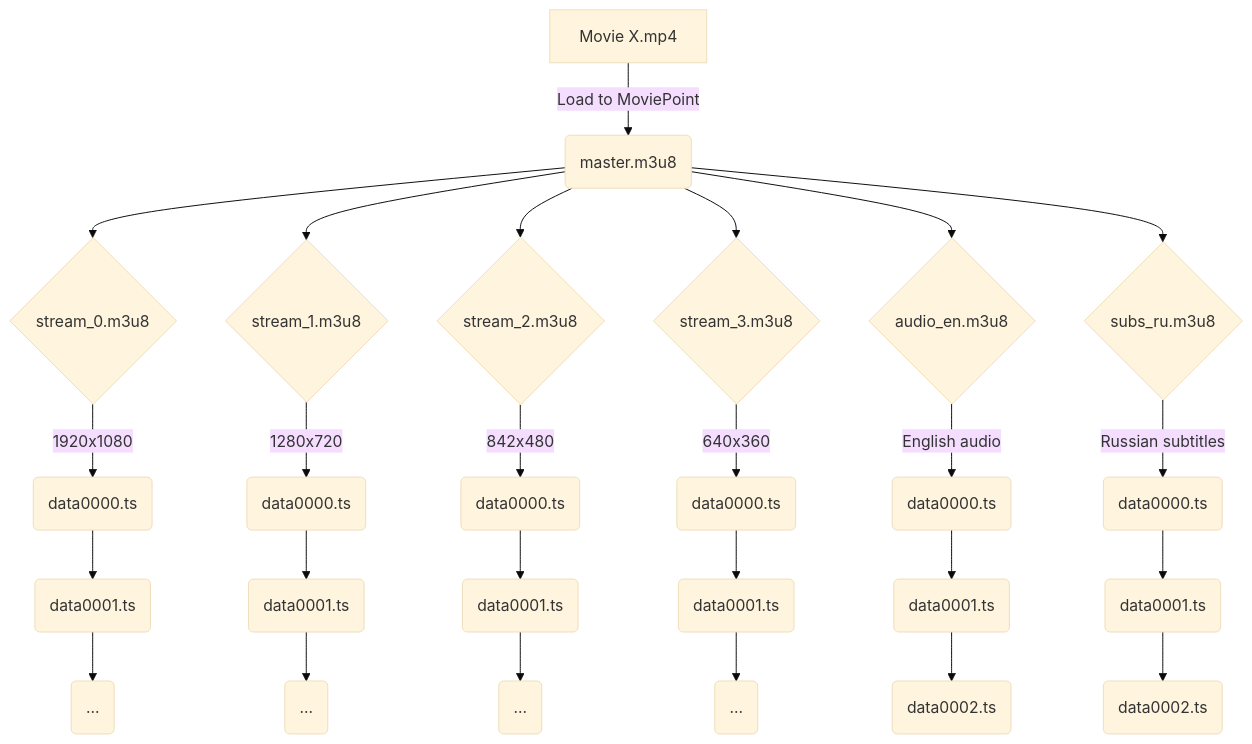
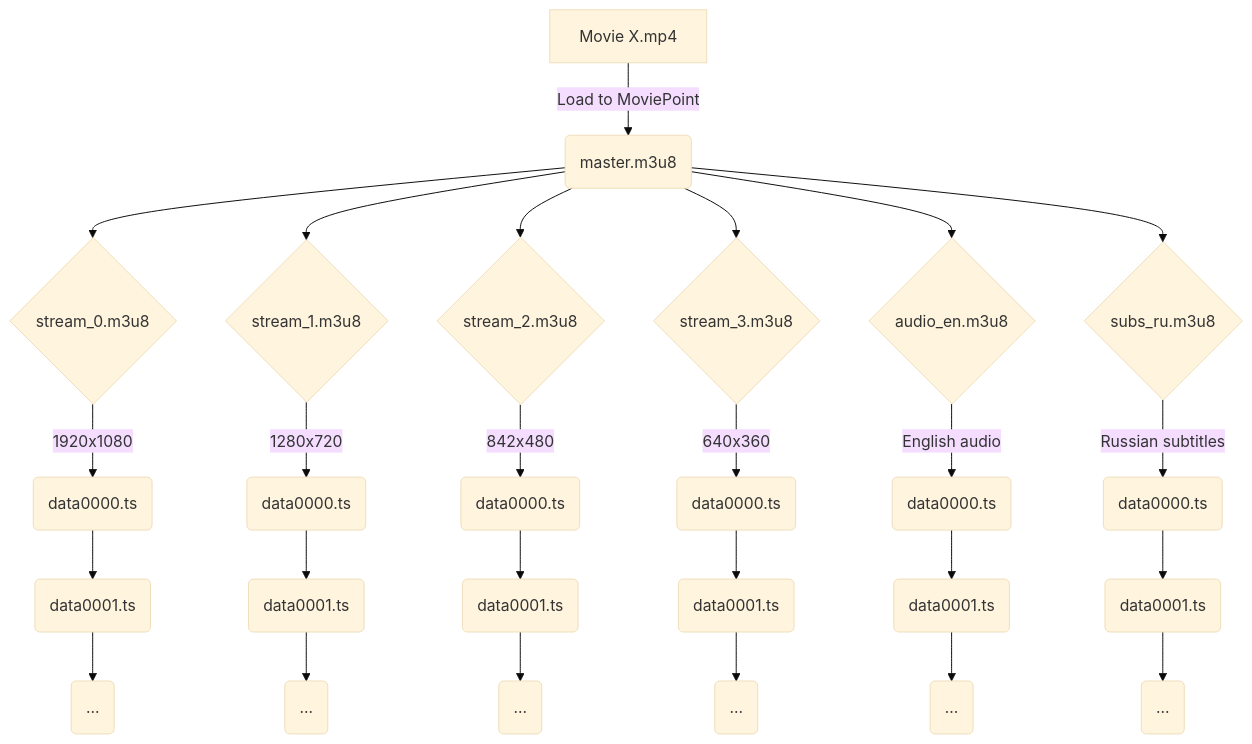
The diagram in README.md (AlexSavelev/MoviePoint), drawn with Mermaid (base theme) before and after one commit.

````diff
--- a/README.md
+++ b/README.md
@@ -30,34 +30,34 @@
 ```mermaid
 flowchart TD
     A[Movie X.mp4] -->|Load to MoviePoint| B(master.m3u8)
     B --> C{stream_0.m3u8}
     B --> D{stream_1.m3u8}
     B --> E{stream_2.m3u8}
     B --> F{stream_3.m3u8}
     B --> S{audio_en.m3u8}
     B --> T{subs_ru.m3u8}
 
     C --> |1920x1080| G(data0000.ts)
     G --> H(data0001.ts)
     H --> I(...)
 
     D --> |1280x720| J(data0000.ts)
     J --> K(data0001.ts)
     K --> L(...)
 
     E --> |842x480| M(data0000.ts)
     M --> N(data0001.ts)
     N --> O(...)
 
     F --> |640x360| P(data0000.ts)
     P --> Q(data0001.ts)
     Q --> R(...)
 
     S --> |English audio| U(data0000.ts)
     U --> W(data0001.ts)
-    W --> X(data0002.ts)
+    W --> X(...)
 
     T --> |Russian subtitles| Y(data0000.ts)
     Y --> Z(data0001.ts)
-    Z --> V(data0002.ts)
+    Z --> V(...)
 ```
````
